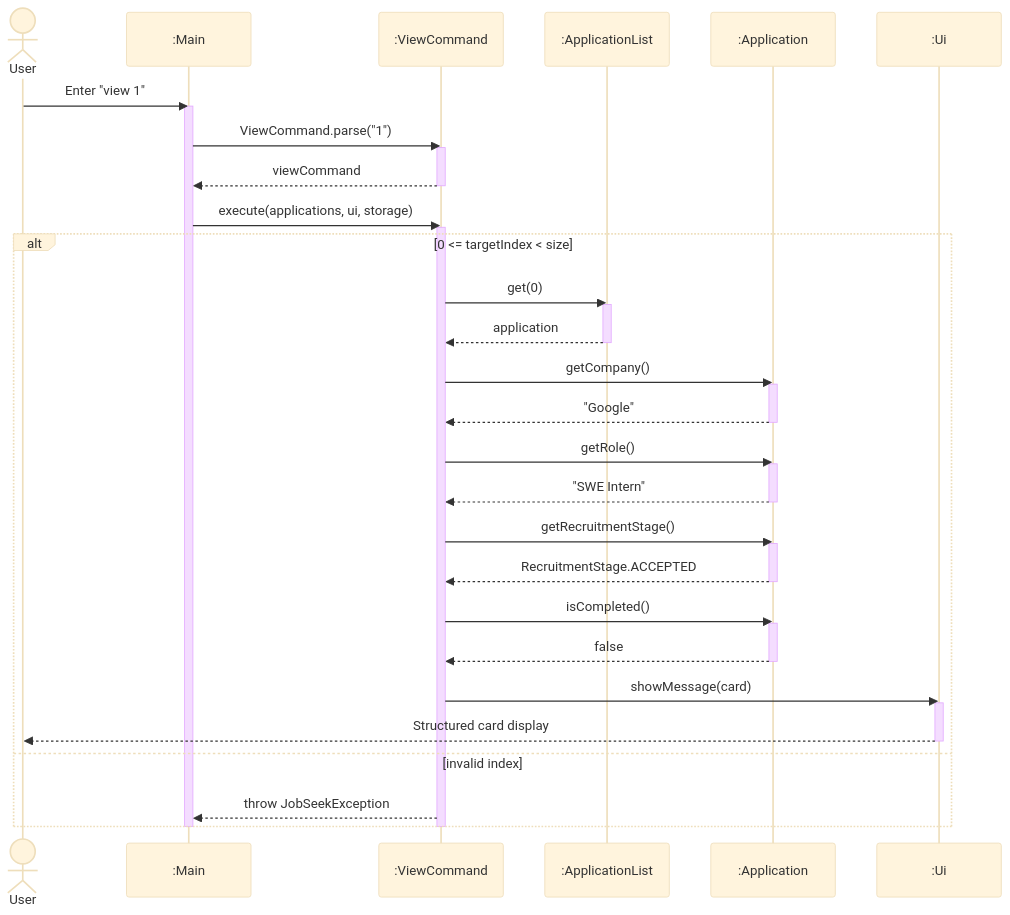
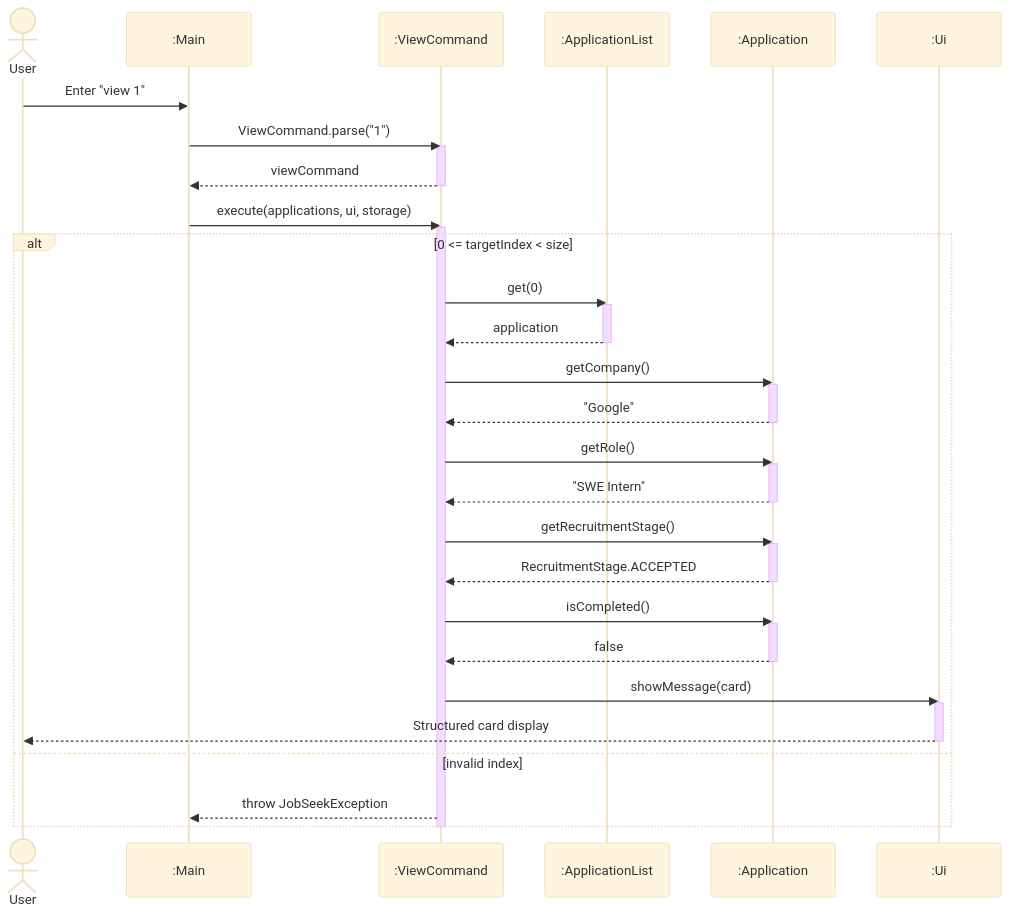
The diagram in docs/diagrams/sources/view-application-sequence.mmd (AY2627S1-CS2113-T10-2/tp), drawn with Mermaid (base theme) before and after one commit. The commit also changed 28 other files, not shown here.

```diff
--- a/docs/diagrams/sources/view-application-sequence.mmd
+++ b/docs/diagrams/sources/view-application-sequence.mmd
@@ -1,48 +1,46 @@
 sequenceDiagram
     actor user as User
     participant main as :Main
     participant cmd as :ViewCommand
     participant list as :ApplicationList
     participant app as :Application
     participant ui as :Ui
 
     user->>main: Enter "view 1"
-    activate main
     main->>cmd: ViewCommand.parse("1")
     activate cmd
     cmd-->>main: viewCommand
     deactivate cmd
     main->>cmd: execute(applications, ui, storage)
     activate cmd
 
     alt 0 <= targetIndex < size
         cmd->>list: get(0)
         activate list
         list-->>cmd: application
         deactivate list
         cmd->>app: getCompany()
         activate app
         app-->>cmd: "Google"
         deactivate app
         cmd->>app: getRole()
         activate app
         app-->>cmd: "SWE Intern"
         deactivate app
         cmd->>app: getRecruitmentStage()
         activate app
         app-->>cmd: RecruitmentStage.ACCEPTED
         deactivate app
         cmd->>app: isCompleted()
         activate app
         app-->>cmd: false
         deactivate app
         cmd->>ui: showMessage(card)
         activate ui
         ui-->>user: Structured card display
         deactivate ui
     else invalid index
         cmd-->>main: throw JobSeekException
     end
 
     deactivate cmd
-    deactivate main
```
